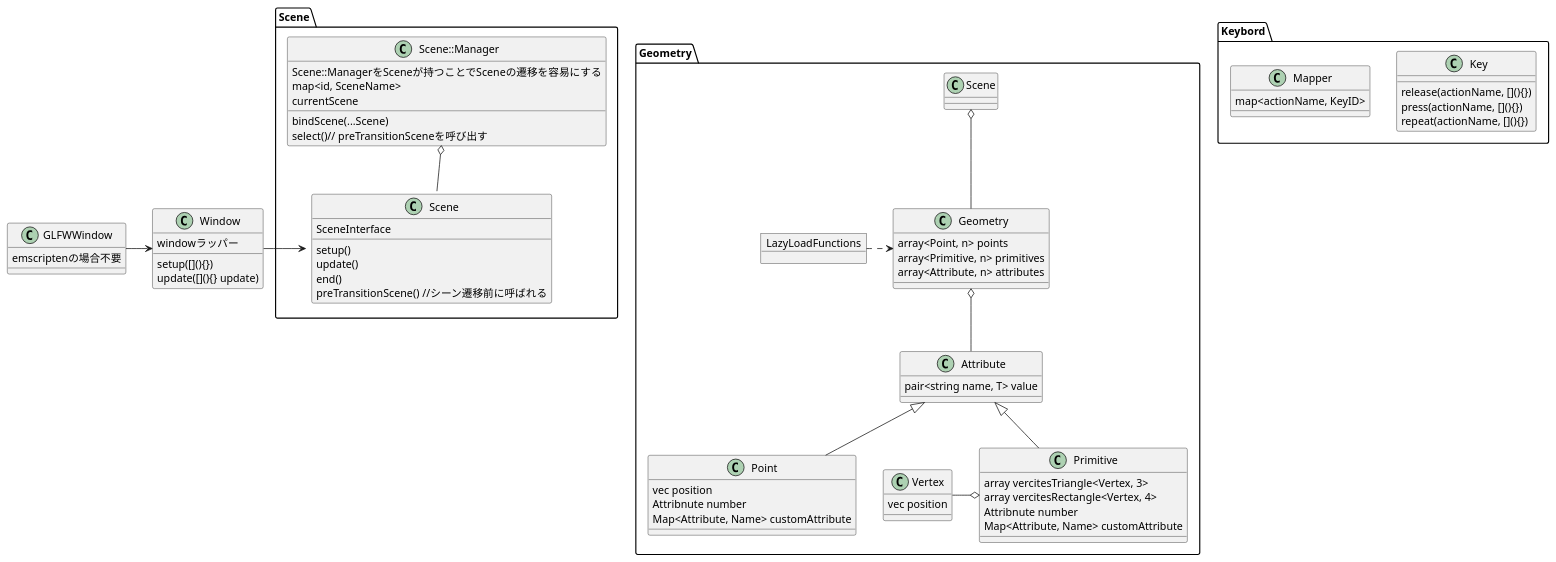
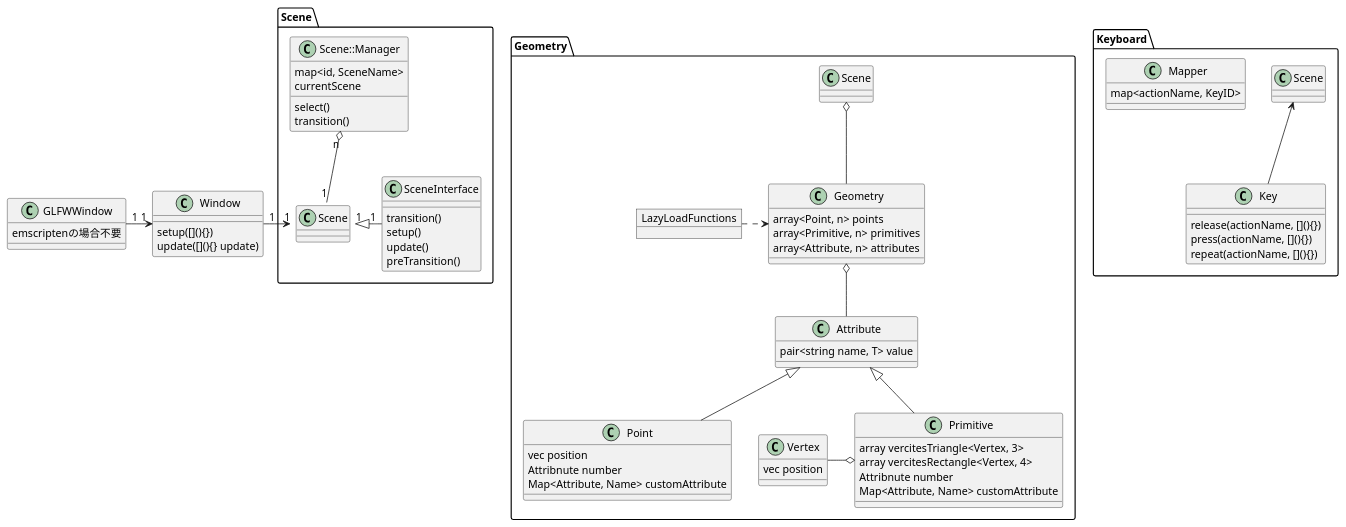
Before and after one commit to thu0x31/Learn_OpenGL_and_Managers: the diagram in UML/classs.pu, drawn with PlantUML. The commit also changed 9 other files, not shown here.

```diff
--- a/UML/classs.pu
+++ b/UML/classs.pu
@@ -1,95 +1,94 @@
 @startuml thux
 ' eventは各自のオブジェクトが持ちたい
 
 class GLFWWindow {
     emscriptenの場合不要
 }
-GLFWWindow -> Window
+GLFWWindow "1" -> "1" Window
 
 class Window {
-    windowラッパー
     setup([](){})
     update([](){} update)
 }
+' Window --> Scene
+' Window --> Geometry
 
 package Scene {
-    Window -> Scene::Manager
-    ' Window -- SceneManager
+    Window "1" -> "1" Scene::Manager
+    
     class Scene::Manager {
-        Scene::ManagerをSceneが持つことでSceneの遷移を容易にする
         map<id, SceneName>
         currentScene
-        bindScene(...Scene)
-        select()// preTransitionSceneを呼び出す
+        select()
+        transition()
     }
-    Scene::Manager o-- Scene
+    Scene::Manager "n" o-- "1" Scene
 
-' シーンを複数表示させたい場合は、シーン内でシーンを呼べばいい？
     class Scene {
-        SceneInterface
+    }
+
+    Scene "1" <|- "1" SceneInterface
+    class SceneInterface {
+        transition()
         setup()
         update()
-        end()
-        preTransitionScene() //シーン遷移前に呼ばれる
+        preTransition()
     }
-
-    ' class ScenLoader {
-    '     シーンからシーンへの遷移を橋渡しするクラス
-
-    ' }
-    ' ScenLoader "1" -- "1" Scene
 }
 
-package Keybord {
+package Keyboard {
+    ' 1 : n ? key('e')
+    ' 1 : 1 key().press('e')
+    Scene <-- Key 
     class Key {
         release(actionName, [](){})
         press(actionName, [](){})
         repeat(actionName, [](){})
     }
 
     class Mapper {
         map<actionName, KeyID>
     }
 }
 
 package Geometry {
     class Geometry {
         array<Point, n> points
         array<Primitive, n> primitives
         array<Attribute, n> attributes
     }
     Scene o-- Geometry
 
     Geometry o-- Attribute
 
     object LazyLoadFunctions {
 
     }
     LazyLoadFunctions .> Geometry
 
     class Attribute {
         pair<string name, T> value
     }
 
     class Point {
         vec position
         Attribnute number
         Map<Attribute, Name> customAttribute
     }
     Attribute <|-- Point
 
     class Primitive {
         array vercitesTriangle<Vertex, 3>
         array vercitesRectangle<Vertex, 4>
         Attribnute number
         Map<Attribute, Name> customAttribute
     }
     Attribute <|-- Primitive
 
     class Vertex {
         vec position
     }
     Vertex -o Primitive
     ' Vertex <|- Attribute
 }
 @enduml
```
